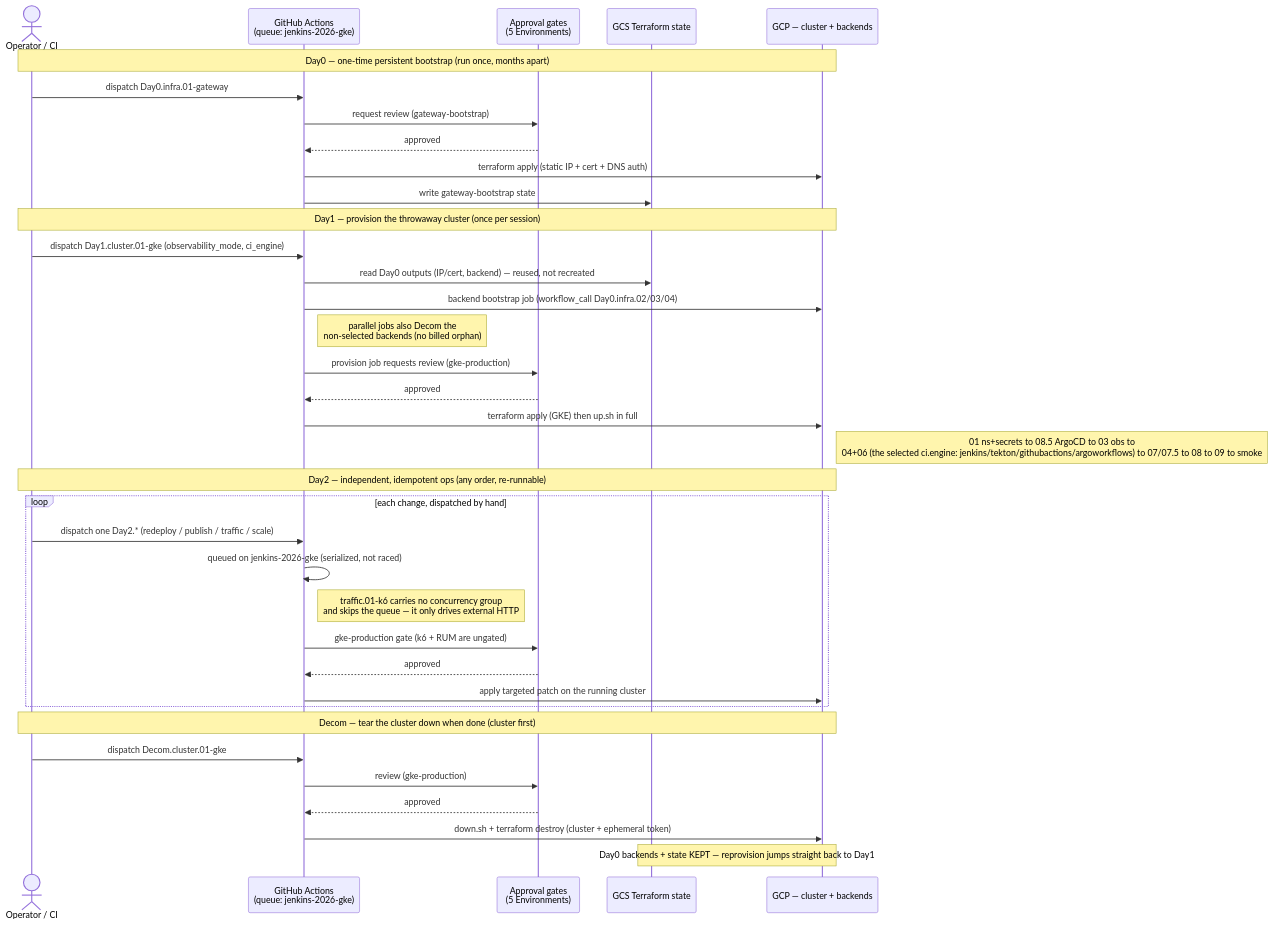
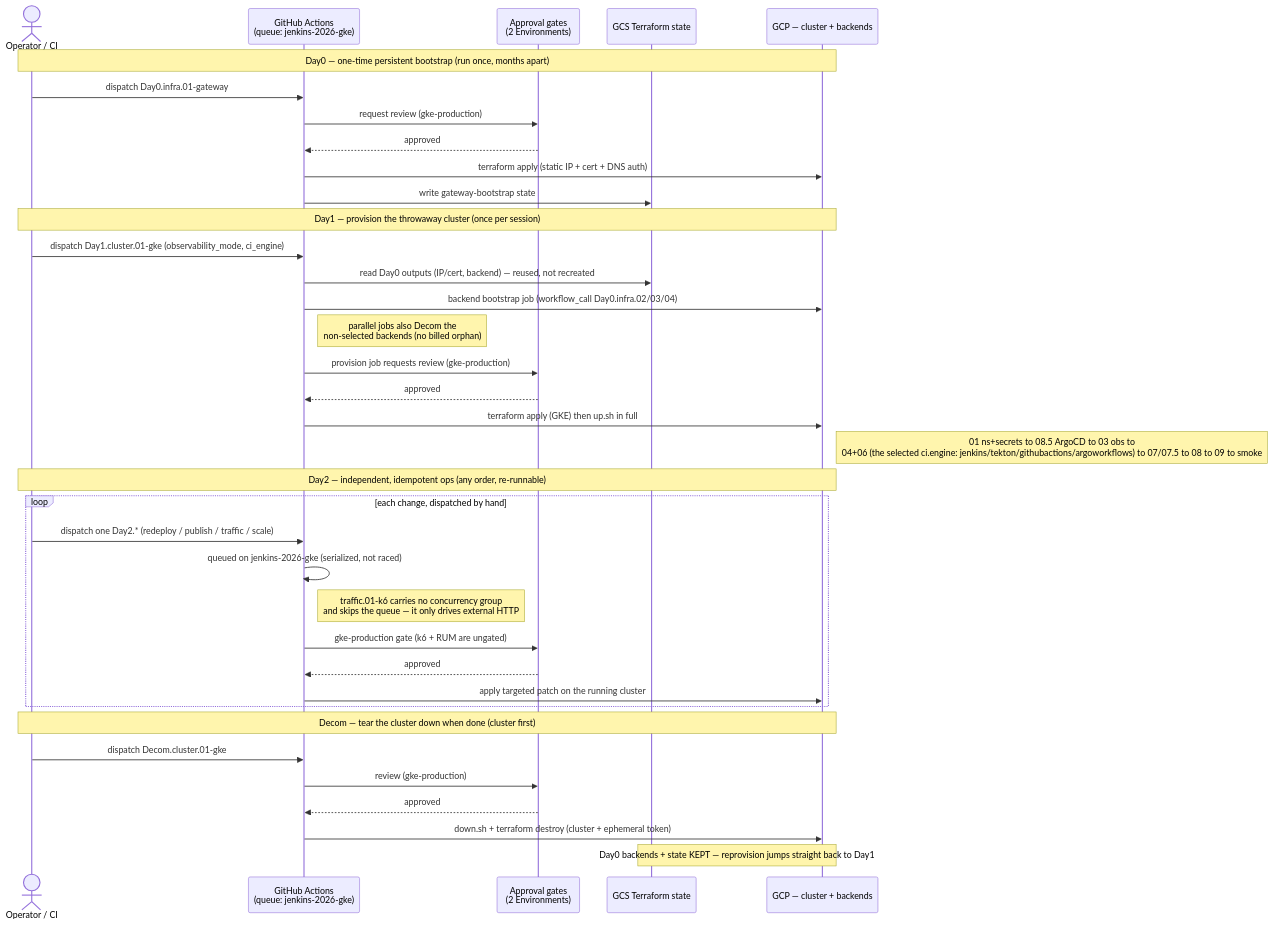
One commit to nubenetes/jenkins-2026 changed the eighth of 10 diagrams in docs/101-GITHUB_ACTIONS_WORKFLOWS.md. Above: the diagram before and after it, drawn with Mermaid.

Commit message:
docs(gha): reflect the 2-environment model in the lifecycle sequence diagram
Cosmetic follow-up to deleting the three unused GitHub Environments
(gateway-bootstrap, grafana-cloud-bootstrap, azure-bootstrap — no workflow
referenced them and they held no scoped secrets). Only gke-production and
aws-bootstrap remain. Fixed the docs/101 sequence diagram: participant label
"(5 Environments)" -> "(2 Environments)", and the Day0.infra.01 review request
"(gateway-bootstrap)" -> "(gke-production)" (where it actually runs now).

````diff
--- a/docs/101-GITHUB_ACTIONS_WORKFLOWS.md
+++ b/docs/101-GITHUB_ACTIONS_WORKFLOWS.md
@@ -590,42 +590,42 @@
 ```mermaid
 sequenceDiagram
     actor Op as Operator / CI
     participant GH as GitHub Actions<br/>(queue: jenkins-2026-gke)
-    participant Env as Approval gates<br/>(5 Environments)
+    participant Env as Approval gates<br/>(2 Environments)
     participant GCS as GCS Terraform state
     participant GCP as GCP — cluster + backends
 
     Note over Op,GCP: Day0 — one-time persistent bootstrap (run once, months apart)
     Op->>GH: dispatch Day0.infra.01-gateway
-    GH->>Env: request review (gateway-bootstrap)
+    GH->>Env: request review (gke-production)
     Env-->>GH: approved
     GH->>GCP: terraform apply (static IP + cert + DNS auth)
     GH->>GCS: write gateway-bootstrap state
 
     Note over Op,GCP: Day1 — provision the throwaway cluster (once per session)
     Op->>GH: dispatch Day1.cluster.01-gke (observability_mode, ci_engine)
     GH->>GCS: read Day0 outputs (IP/cert, backend) — reused, not recreated
     GH->>GCP: backend bootstrap job (workflow_call Day0.infra.02/03/04)
     Note right of GH: parallel jobs also Decom the<br/>non-selected backends (no billed orphan)
     GH->>Env: provision job requests review (gke-production)
     Env-->>GH: approved
     GH->>GCP: terraform apply (GKE) then up.sh in full
     Note right of GCP: 01 ns+secrets to 08.5 ArgoCD to 03 obs to<br/>04+06 (the selected ci.engine: jenkins/tekton/githubactions/argoworkflows) to 07/07.5 to 08 to 09 to smoke
 
     Note over Op,GCP: Day2 — independent, idempotent ops (any order, re-runnable)
     loop each change, dispatched by hand
         Op->>GH: dispatch one Day2.* (redeploy / publish / traffic / scale)
         GH->>GH: queued on jenkins-2026-gke (serialized, not raced)
         Note right of GH: traffic.01-k6 carries no concurrency group<br/>and skips the queue — it only drives external HTTP
         GH->>Env: gke-production gate (k6 + RUM are ungated)
         Env-->>GH: approved
         GH->>GCP: apply targeted patch on the running cluster
     end
 
     Note over Op,GCP: Decom — tear the cluster down when done (cluster first)
     Op->>GH: dispatch Decom.cluster.01-gke
     GH->>Env: review (gke-production)
     Env-->>GH: approved
     GH->>GCP: down.sh + terraform destroy (cluster + ephemeral token)
     Note over GCS,GCP: Day0 backends + state KEPT — reprovision jumps straight back to Day1
 ```
````
